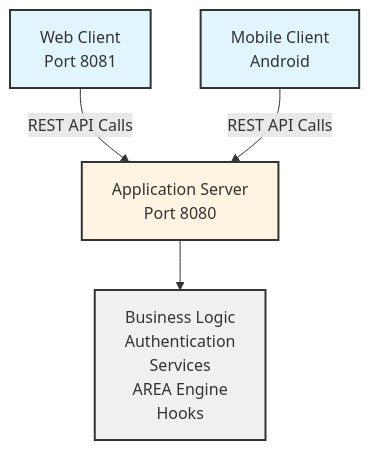
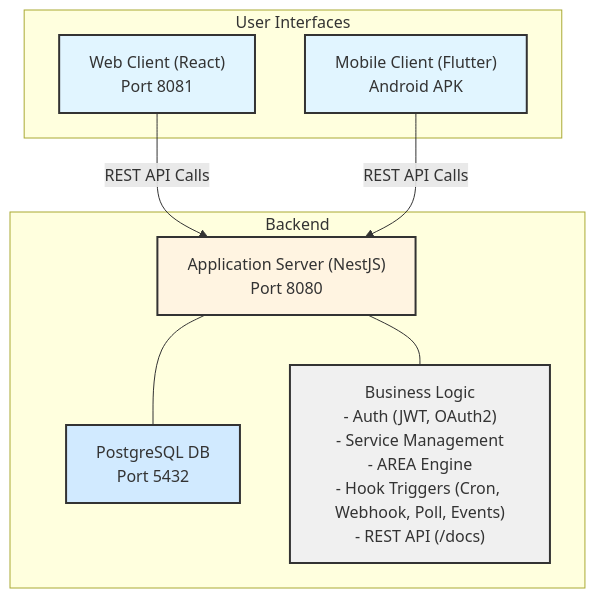
Before and after one commit to Enoal-Fauchille-Bolle/AREA: the diagram in README.md, drawn with Mermaid. The commit also changed other lines of this file, not shown here.

````diff
--- a/README.md
+++ b/README.md
@@ -37,16 +45,21 @@
 ```mermaid
 graph TD
-    A[Web Client<br/>Port 8081]
-    B[Mobile Client<br/>Android]
-    C[Application Server<br/>Port 8080]
-    D[Business Logic<br/>Authentication<br/>Services<br/>AREA Engine<br/>Hooks]
+    subgraph User Interfaces
+        A["Web Client (React)<br>Port 8081"]
+        B["Mobile Client (Flutter)<br>Android APK"]
+    end
 
-    A -->|REST API Calls| C
-    B -->|REST API Calls| C
-    C --> D
+    subgraph Backend
+        C["Application Server (NestJS)<br>Port 8080"] --- D["PostgreSQL DB<br>Port 5432"]
+        C --- E["Business Logic<br>- Auth (JWT, OAuth2)<br>- Service Management<br>- AREA Engine<br>- Hook Triggers (Cron, Webhook, Poll, Events)<br>- REST API (/docs)"]
+    end
+
+    A -- REST API Calls --> C
+    B -- REST API Calls --> C
 
     style A fill:#e1f5ff,stroke:#333,stroke-width:2px
     style B fill:#e1f5ff,stroke:#333,stroke-width:2px
     style C fill:#fff4e1,stroke:#333,stroke-width:2px
-    style D fill:#f0f0f0,stroke:#333,stroke-width:2px
+    style D fill:#d1eaff,stroke:#333,stroke-width:2px
+    style E fill:#f0f0f0,stroke:#333,stroke-width:2px
 ```
````
